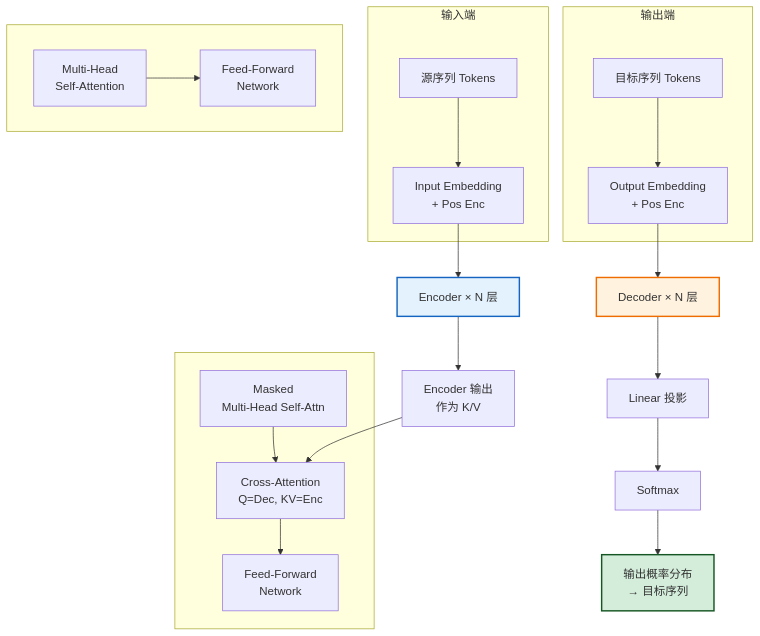
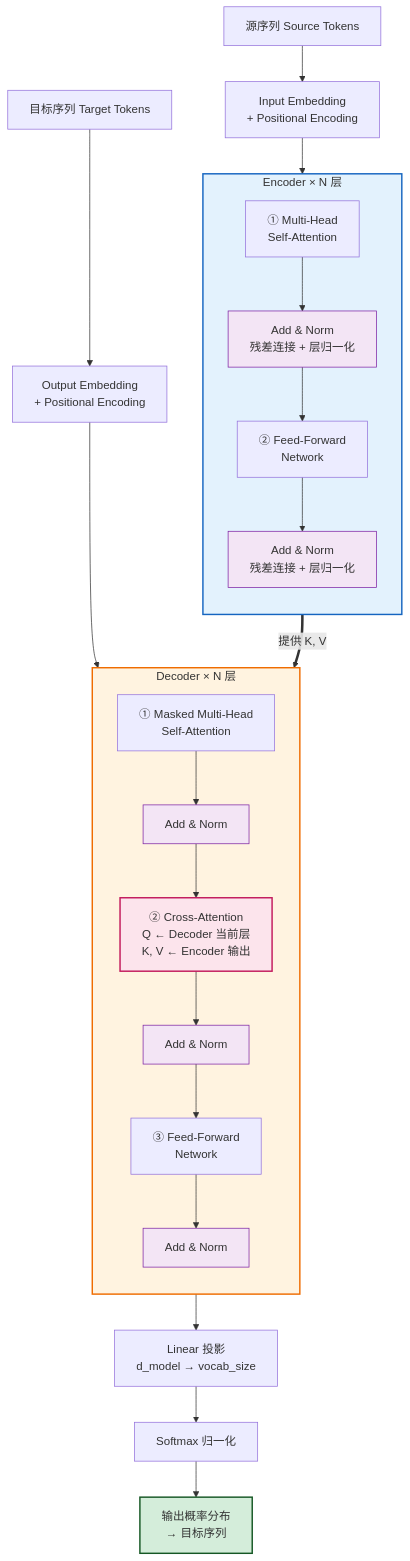
One commit to mansteinr/note-book changed the first of 10 diagrams in agent/10Transformer架构原理详解.md. Above: the diagram before and after it, drawn with Mermaid. The commit also changed other lines of this file, not shown here.

Commit message:
tarnsformer架构优化

````diff
--- a/agent/10Transformer架构原理详解.md
+++ b/agent/10Transformer架构原理详解.md
@@ -102,37 +102,46 @@
 ```mermaid
 flowchart TB
-    subgraph 输入端
-        SRC[源序列 Tokens] --> IE[Input Embedding<br/>+ Pos Enc]
+    SRC["源序列 Source Tokens"] --> IE["Input Embedding<br/>+ Positional Encoding"]
+    TGT["目标序列 Target Tokens"] --> OE["Output Embedding<br/>+ Positional Encoding"]
+
+    subgraph ENC["Encoder × N 层"]
+        direction TB
+        ENC_SELF["① Multi-Head<br/>Self-Attention"]
+        ENC_ADD1["Add &amp; Norm<br/>残差连接 + 层归一化"]
+        ENC_FFN["② Feed-Forward<br/>Network"]
+        ENC_ADD2["Add &amp; Norm<br/>残差连接 + 层归一化"]
+
+        ENC_SELF --> ENC_ADD1 --> ENC_FFN --> ENC_ADD2
     end
 
-    subgraph 输出端
-        TGT[目标序列 Tokens] --> OE[Output Embedding<br/>+ Pos Enc]
+    subgraph DEC["Decoder × N 层"]
+        direction TB
+        DEC_MASK["① Masked Multi-Head<br/>Self-Attention"]
+        DEC_ADD1["Add &amp; Norm"]
+        DEC_CROSS["② Cross-Attention<br/>Q ← Decoder 当前层<br/>K, V ← Encoder 输出"]
+        DEC_ADD2["Add &amp; Norm"]
+        DEC_FFN["③ Feed-Forward<br/>Network"]
+        DEC_ADD3["Add &amp; Norm"]
+
+        DEC_MASK --> DEC_ADD1 --> DEC_CROSS --> DEC_ADD2 --> DEC_FFN --> DEC_ADD3
     end
 
-    IE --> ENC_STACK[Encoder × N 层]
-    OE --> DEC_STACK[Decoder × N 层]
+    IE --> ENC_SELF
+    OE --> DEC_MASK
 
-    subgraph Encoder[" "]
-        ENC_SELF[Multi-Head<br/>Self-Attention]
-        ENC_FFN[Feed-Forward<br/>Network]
-        ENC_SELF --> ENC_FFN
-    end
+    ENC_ADD2 ==>|"提供 K, V"| DEC_CROSS
 
-    subgraph Decoder[" "]
-        DEC_MASK[Masked<br/>Multi-Head Self-Attn]
-        DEC_CROSS[Cross-Attention<br/>Q=Dec, KV=Enc]
-        DEC_FFN[Feed-Forward<br/>Network]
-        DEC_MASK --> DEC_CROSS --> DEC_FFN
-    end
+    DEC_ADD3 --> LINEAR["Linear 投影<br/>d_model → vocab_size"]
+    LINEAR --> SOFTMAX["Softmax 归一化"]
+    SOFTMAX --> PROB["输出概率分布<br/>→ 目标序列"]
 
-    ENC_STACK --> ENC_KV[Encoder 输出<br/>作为 K/V]
-    ENC_KV --> DEC_CROSS
-
-    DEC_STACK --> LINEAR[Linear 投影]
-    LINEAR --> SOFTMAX[Softmax]
-    SOFTMAX --> PROB[输出概率分布<br/>→ 目标序列]
-
-    style ENC_STACK fill:#e3f2fd,stroke:#1565c0,stroke-width:2px
-    style DEC_STACK fill:#fff3e0,stroke:#ef6c00,stroke-width:2px
+    style ENC fill:#e3f2fd,stroke:#1565c0,stroke-width:2px
+    style DEC fill:#fff3e0,stroke:#ef6c00,stroke-width:2px
     style PROB fill:#d4edda,stroke:#155724,stroke-width:2px
+    style ENC_ADD1 fill:#f3e5f5,stroke:#7b1fa2
+    style ENC_ADD2 fill:#f3e5f5,stroke:#7b1fa2
+    style DEC_ADD1 fill:#f3e5f5,stroke:#7b1fa2
+    style DEC_ADD2 fill:#f3e5f5,stroke:#7b1fa2
+    style DEC_ADD3 fill:#f3e5f5,stroke:#7b1fa2
+    style DEC_CROSS fill:#fce4ec,stroke:#c2185b,stroke-width:2px
 ```
````
